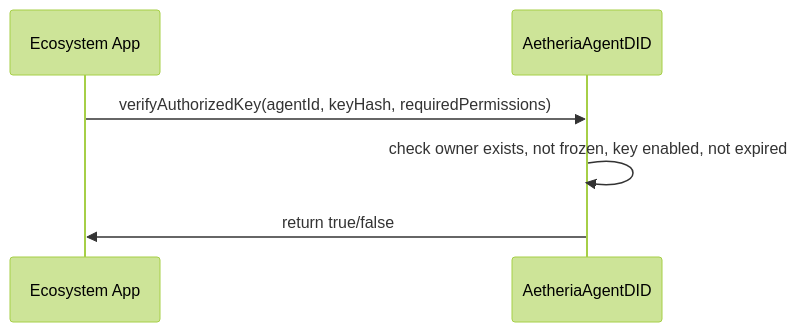
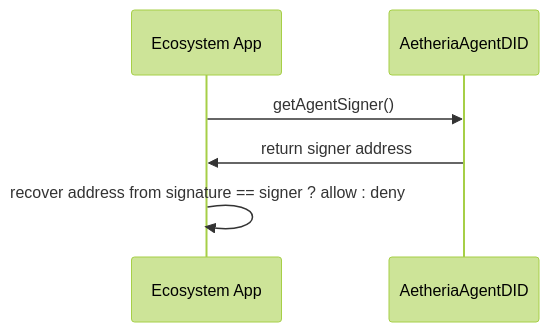
The second of 8 diagrams in docs/ArchitectureFlow.md (Qianniming/SmartContract1202), drawn with Mermaid (forest theme) before and after one commit. The commit also changed other lines of this file and 15 other files, not shown here.

````diff
--- a/docs/ArchitectureFlow.md
+++ b/docs/ArchitectureFlow.md
@@ -22,8 +27,8 @@
 ```mermaid
 sequenceDiagram
   participant App as Ecosystem App
   participant SC as AetheriaAgentDID
-  App->>SC: verifyAuthorizedKey(agentId, keyHash, requiredPermissions)
-  SC->>SC: check owner exists, not frozen, key enabled, not expired
-  SC->>App: return true/false
+  App->>SC: getAgentSigner()
+  SC->>App: return signer address
+  App->>App: recover address from signature == signer ? allow : deny
 ```
````
